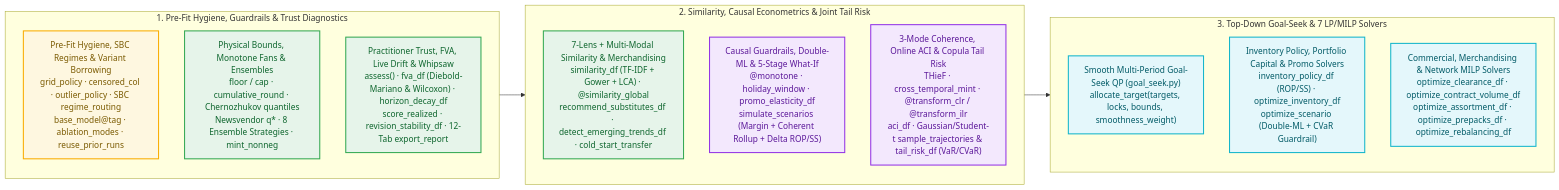
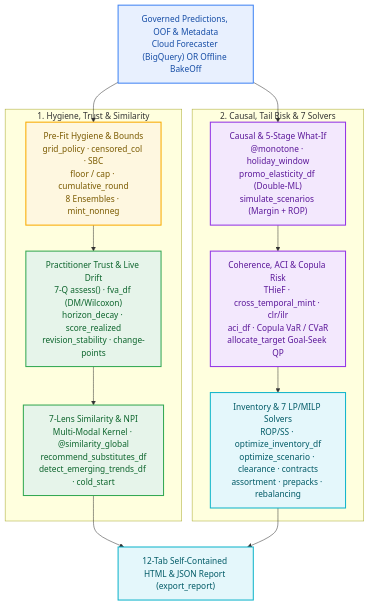
One commit to statmike/scale-forecasting changed the first of 6 diagrams in docs/forecaster_workbench.md. Above: the diagram before and after it, drawn with Mermaid. The commit also changed 14 other files, not shown here.

Commit message:
docs(mermaid): reconfigure wide diagrams to vertical TD layout with concise labels

````diff
--- a/docs/forecaster_workbench.md
+++ b/docs/forecaster_workbench.md
@@ -5,34 +5,34 @@
 ```mermaid
-flowchart LR
-    subgraph COL1["1. Pre-Fit Hygiene, Guardrails & Trust Diagnostics"]
-        direction TB
-        S1["Pre-Fit Hygiene, SBC Regimes & Variant Borrowing<br/>grid_policy · censored_col · outlier_policy · SBC regime_routing<br/>base_model@tag · ablation_modes · reuse_prior_runs"]
-        S2["Physical Bounds, Monotone Fans & Ensembles<br/>floor / cap · cumulative_round · Chernozhukov quantiles<br/>Newsvendor q* · 8 Ensemble Strategies · mint_nonneg"]
-        S3["Practitioner Trust, FVA, Live Drift & Whipsaw<br/>assess() · fva_df (Diebold-Mariano & Wilcoxon) · horizon_decay_df<br/>score_realized · revision_stability_df · 12-Tab export_report"]
+flowchart TD
+    IN_WB["Governed Predictions, OOF & Metadata<br/>Cloud Forecaster (BigQuery) OR Offline BakeOff"]
+
+    subgraph COL1["1. Hygiene, Trust & Similarity"]
+        S1["Pre-Fit Hygiene & Bounds<br/>grid_policy · censored_col · SBC<br/>floor / cap · cumulative_round<br/>8 Ensembles · mint_nonneg"]
+        S2["Practitioner Trust & Live Drift<br/>7-Q assess() · fva_df (DM/Wilcoxon)<br/>horizon_decay · score_realized<br/>revision_stability · change-points"]
+        S3["7-Lens Similarity & NPI<br/>Multi-Modal Kernel · @similarity_global<br/>recommend_substitutes_df<br/>detect_emerging_trends_df · cold_start"]
+        S1 --> S2 --> S3
     end
 
-    subgraph COL2["2. Similarity, Causal Econometrics & Joint Tail Risk"]
-        direction TB
-        S4["7-Lens + Multi-Modal Similarity & Merchandising<br/>similarity_df (TF-IDF + Gower + LCA) · @similarity_global<br/>recommend_substitutes_df · detect_emerging_trends_df · cold_start_transfer"]
-        S5["Causal Guardrails, Double-ML & 5-Stage What-If<br/>@monotone · holiday_window · promo_elasticity_df<br/>simulate_scenarios (Margin + Coherent Rollup + Delta ROP/SS)"]
-        S6["3-Mode Coherence, Online ACI & Copula Tail Risk<br/>THieF · cross_temporal_mint · @transform_clr / @transform_ilr<br/>aci_df · Gaussian/Student-t sample_trajectories & tail_risk_df (VaR/CVaR)"]
+    subgraph COL2["2. Causal, Tail Risk & 7 Solvers"]
+        S4["Causal & 5-Stage What-If<br/>@monotone · holiday_window<br/>promo_elasticity_df (Double-ML)<br/>simulate_scenarios (Margin + ROP)"]
+        S5["Coherence, ACI & Copula Risk<br/>THieF · cross_temporal_mint · clr/ilr<br/>aci_df · Copula VaR / CVaR<br/>allocate_target Goal-Seek QP"]
+        S6["Inventory & 7 LP/MILP Solvers<br/>ROP/SS · optimize_inventory_df<br/>optimize_scenario · clearance · contracts<br/>assortment · prepacks · rebalancing"]
+        S4 --> S5 --> S6
     end
 
-    subgraph COL3["3. Top-Down Goal-Seek & 7 LP/MILP Solvers"]
-        direction TB
-        S7["Smooth Multi-Period Goal-Seek QP (goal_seek.py)<br/>allocate_target(targets, locks, bounds, smoothness_weight)"]
-        S8["Inventory Policy, Portfolio Capital & Promo Solvers<br/>inventory_policy_df (ROP/SS) · optimize_inventory_df<br/>optimize_scenario (Double-ML + CVaR Guardrail)"]
-        S9["Commercial, Merchandising & Network MILP Solvers<br/>optimize_clearance_df · optimize_contract_volume_df<br/>optimize_assortment_df · optimize_prepacks_df · optimize_rebalancing_df"]
-    end
+    REP["12-Tab Self-Contained HTML & JSON Report (export_report)"]
 
-    COL1 --> COL2 --> COL3
+    IN_WB --> S1 & S4
+    S3 & S6 --> REP
 
+    classDef data fill:#E8F0FE,stroke:#4285F4,stroke-width:2px,color:#174EA6
     classDef config fill:#FEF7E0,stroke:#F9AB00,stroke-width:2px,color:#7A5A00
     classDef compute fill:#E6F4EA,stroke:#34A853,stroke-width:2px,color:#0D652D
     classDef semantic fill:#F3E8FD,stroke:#9334E6,stroke-width:2px,color:#5B1799
     classDef decision fill:#E4F7FB,stroke:#12B5CB,stroke-width:2px,color:#005A66
+    class IN_WB data
     class S1 config
-    class S2,S3,S4 compute
-    class S5,S6 semantic
-    class S7,S8,S9 decision
+    class S2,S3 compute
+    class S4,S5 semantic
+    class S6,REP decision
 ```
````
